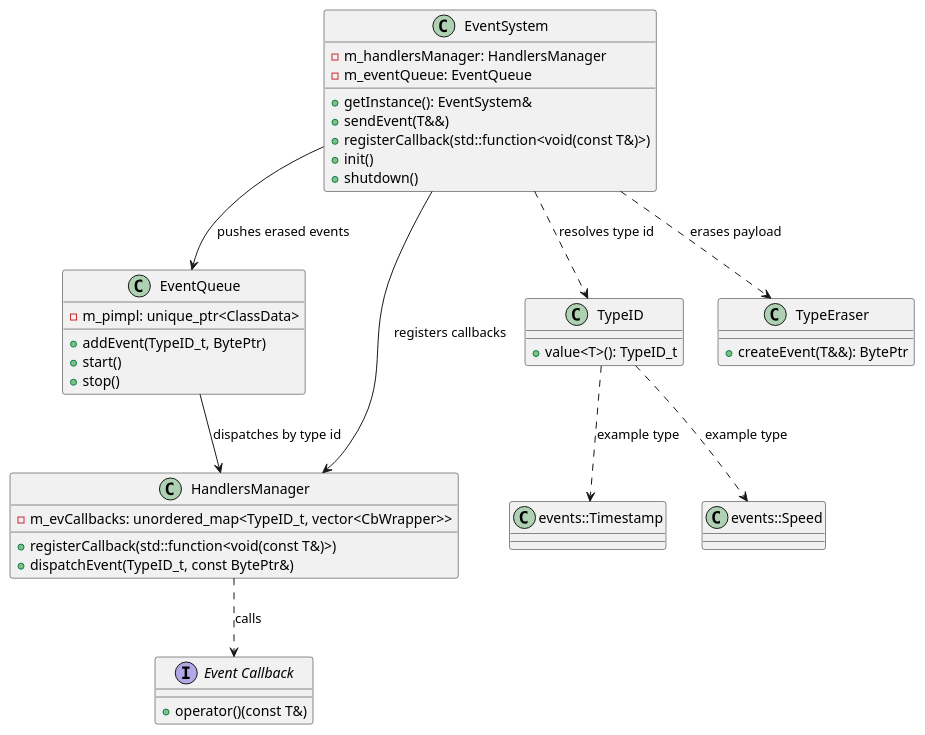
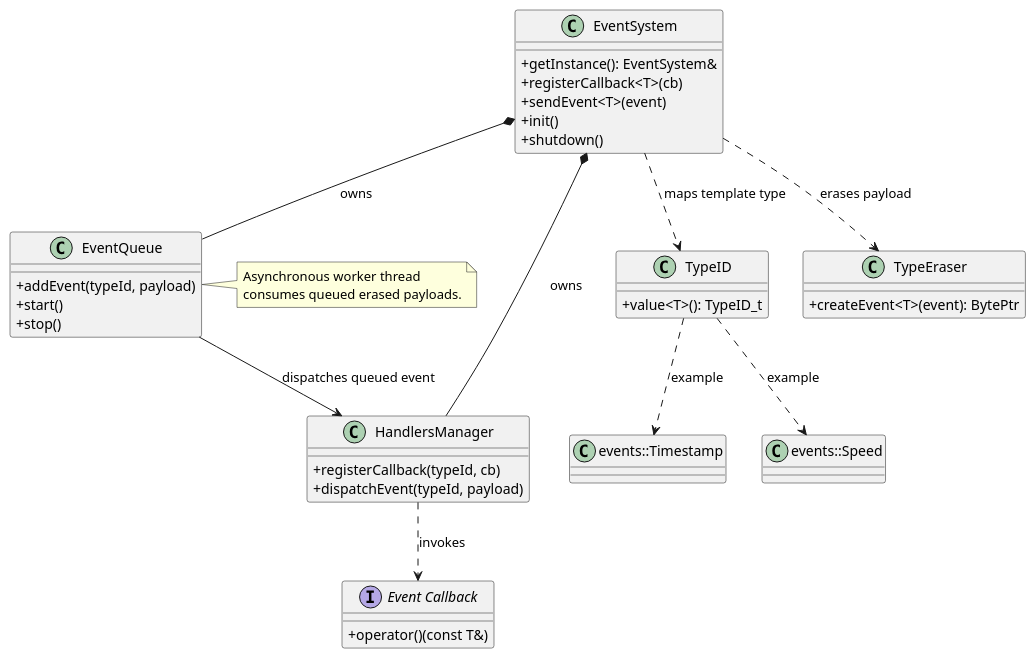
One commit to sergeykazuk/EventSystems changed the diagram in DynamicEventSystems/diagrams/dynamic-class-diagram.puml. Above: the diagram before and after it, drawn with PlantUML. The commit also changed 51 other files, not shown here.

Commit message:
Added static event system implementation

```diff
--- a/DynamicEventSystems/diagrams/dynamic-class-diagram.puml
+++ b/DynamicEventSystems/diagrams/dynamic-class-diagram.puml
@@ -1,48 +1,51 @@
 @startuml
+skinparam classAttributeIconSize 0
+
 interface "Event Callback" as EventCallback {
   +operator()(const T&)
 }
 
 class EventSystem {
   +getInstance(): EventSystem&
-  +sendEvent(T&&)
-  +registerCallback(std::function<void(const T&)>)
+  +registerCallback<T>(cb)
+  +sendEvent<T>(event)
   +init()
   +shutdown()
-  -m_handlersManager: HandlersManager
-  -m_eventQueue: EventQueue
 }
 
 class EventQueue {
-  +addEvent(TypeID_t, BytePtr)
+  +addEvent(typeId, payload)
   +start()
   +stop()
-  -m_pimpl: unique_ptr<ClassData>
 }
 
 class HandlersManager {
-  +registerCallback(std::function<void(const T&)>)
-  +dispatchEvent(TypeID_t, const BytePtr&)
-  -m_evCallbacks: unordered_map<TypeID_t, vector<CbWrapper>>
+  +registerCallback(typeId, cb)
+  +dispatchEvent(typeId, payload)
 }
 
 class TypeID {
   +value<T>(): TypeID_t
 }
 
 class TypeEraser {
-  +createEvent(T&&): BytePtr
+  +createEvent<T>(event): BytePtr
 }
 
 class "events::Timestamp" as Timestamp
 class "events::Speed" as Speed
 
-EventSystem --> EventQueue : pushes erased events
-EventSystem --> HandlersManager : registers callbacks
-EventSystem ..> TypeID : resolves type id
+EventSystem *-- EventQueue : owns
+EventSystem *-- HandlersManager : owns
+EventSystem ..> TypeID : maps template type
 EventSystem ..> TypeEraser : erases payload
-EventQueue --> HandlersManager : dispatches by type id
-HandlersManager ..> EventCallback : calls
-TypeID ..> Timestamp : example type
-TypeID ..> Speed : example type
+EventQueue --> HandlersManager : dispatches queued event
+HandlersManager ..> EventCallback : invokes
+TypeID ..> Timestamp : example
+TypeID ..> Speed : example
+
+note right of EventQueue
+Asynchronous worker thread
+consumes queued erased payloads.
+end note
 @enduml
```
